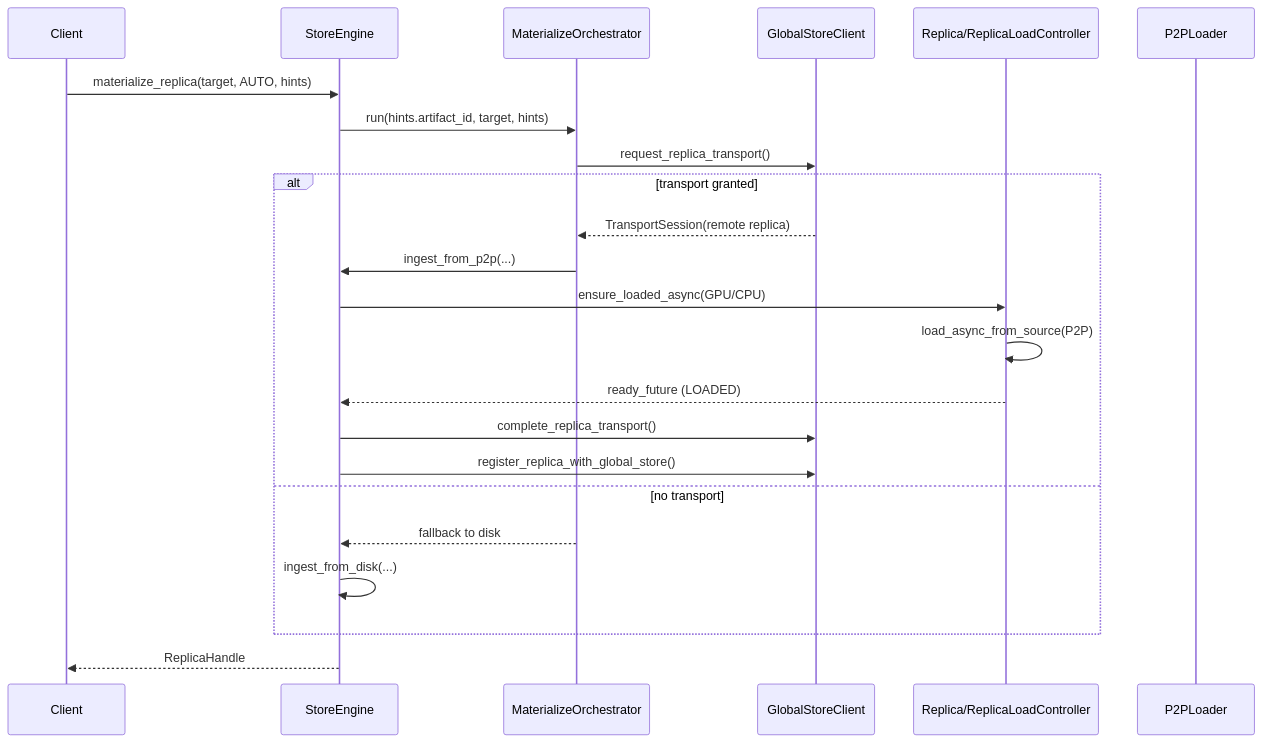
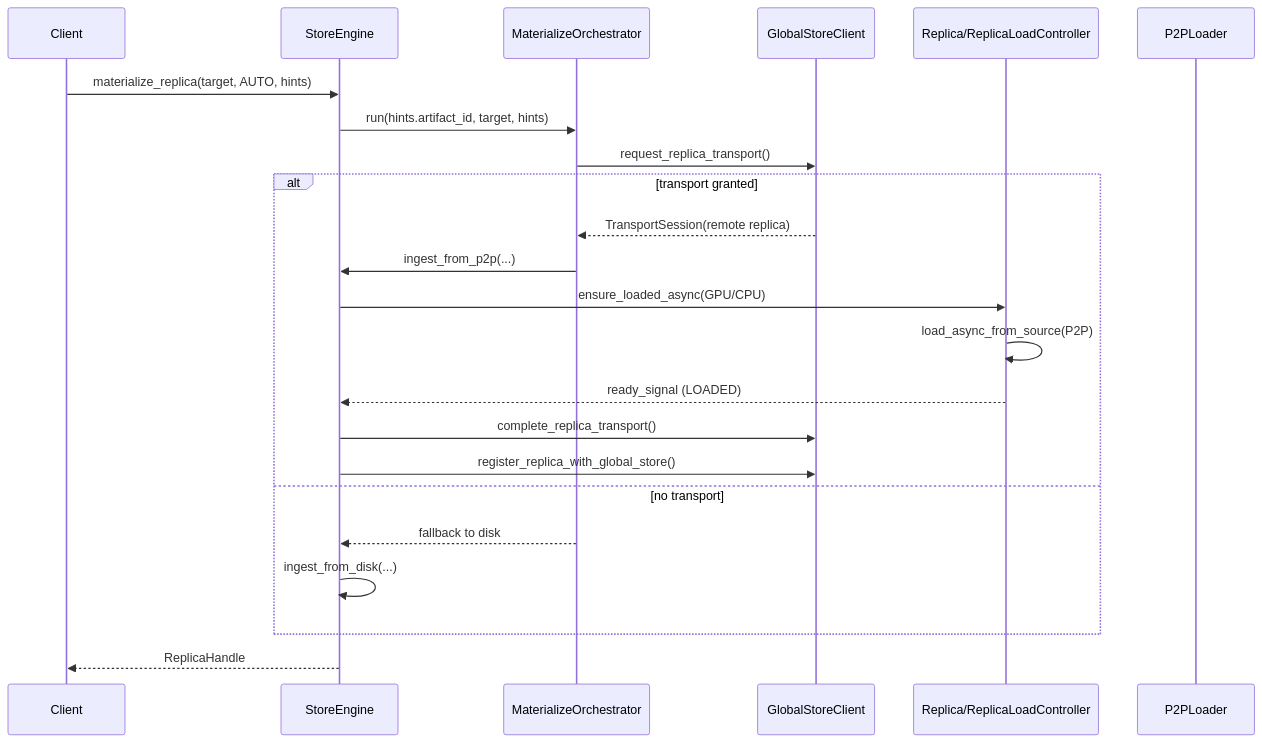
Before and after one commit to tensorcast-ai/tensorcast: the second of 6 diagrams in core/store/README.md, drawn with Mermaid. The commit also changed other lines of this file and 91 other files, not shown here.

````diff
--- a/core/store/README.md
+++ b/core/store/README.md
@@ -181,26 +181,26 @@
 ```mermaid
 sequenceDiagram
   participant Client
   participant SE as StoreEngine
   participant MO as MaterializeOrchestrator
   participant GS as GlobalStoreClient
   participant REP as Replica/ReplicaLoadController
   participant P2L as P2PLoader
 
   Client->>SE: materialize_replica(target, AUTO, hints)
   SE->>MO: run(hints.artifact_id, target, hints)
   MO->>GS: request_replica_transport()
   alt transport granted
     GS-->>MO: TransportSession(remote replica)
     MO->>SE: ingest_from_p2p(...)
     SE->>REP: ensure_loaded_async(GPU/CPU)
     REP->>REP: load_async_from_source(P2P)
-    REP-->>SE: ready_future (LOADED)
+    REP-->>SE: ready_signal (LOADED)
     SE->>GS: complete_replica_transport()
     SE->>GS: register_replica_with_global_store()
   else no transport
     MO-->>SE: fallback to disk
     SE->>SE: ingest_from_disk(...)
   end
   SE-->>Client: ReplicaHandle
 ```
````
